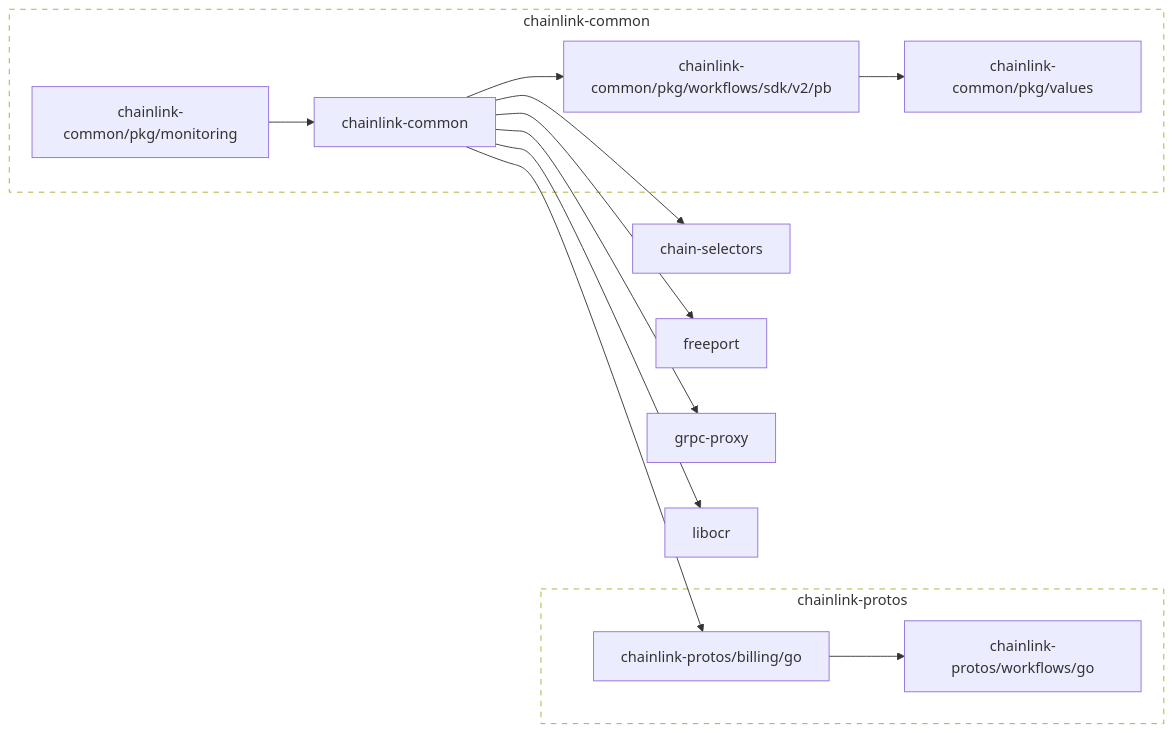
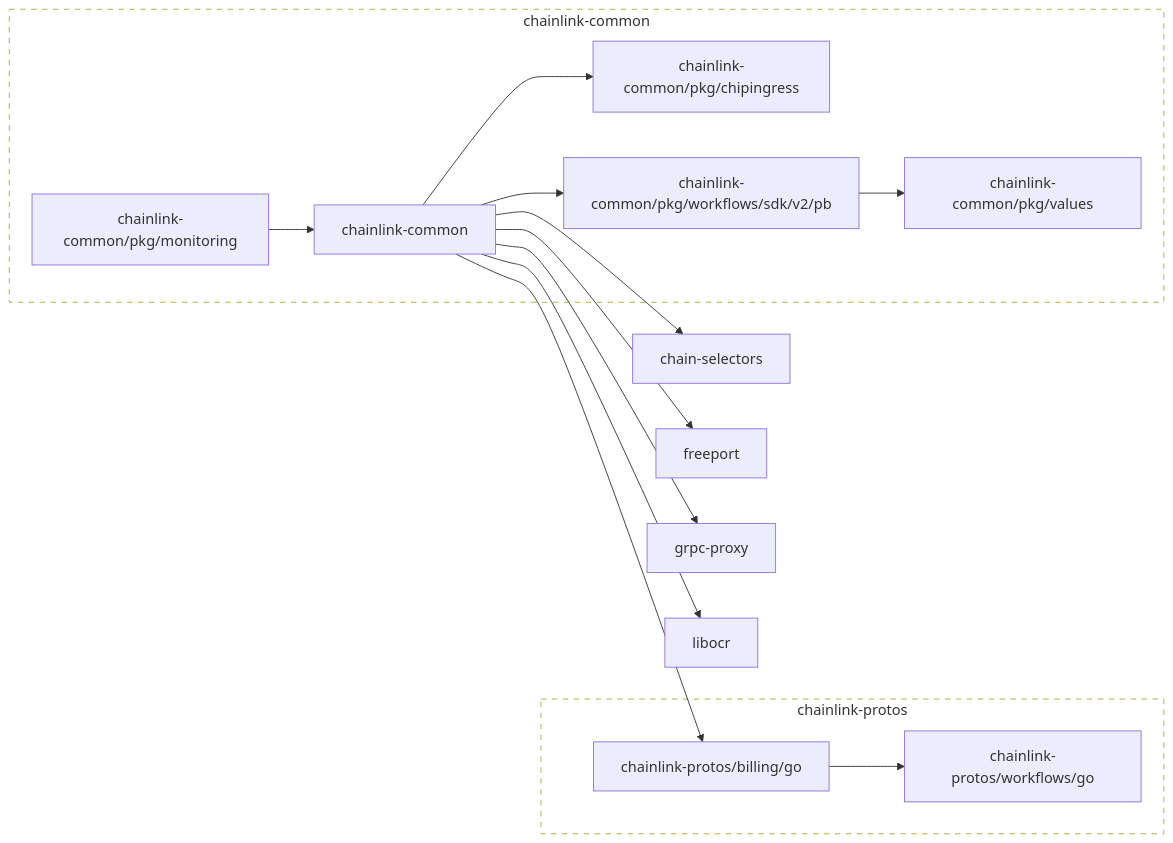
One commit to smartcontractkit/chainlink-common changed the diagram in go.md. Above: the diagram before and after it, drawn with Mermaid.

Commit message:
make modgraph

````diff
--- a/go.md
+++ b/go.md
@@ -2,46 +2,50 @@
 ```mermaid
 flowchart LR
 
 	chain-selectors
 	click chain-selectors href "https://github.com/smartcontractkit/chain-selectors"
 	chainlink-common --> chain-selectors
+	chainlink-common --> chainlink-common/pkg/chipingress
 	chainlink-common --> chainlink-common/pkg/workflows/sdk/v2/pb
 	chainlink-common --> chainlink-protos/billing/go
 	chainlink-common --> freeport
 	chainlink-common --> grpc-proxy
 	chainlink-common --> libocr
 	click chainlink-common href "https://github.com/smartcontractkit/chainlink-common"
+	chainlink-common/pkg/chipingress
+	click chainlink-common/pkg/chipingress href "https://github.com/smartcontractkit/chainlink-common"
 	chainlink-common/pkg/monitoring --> chainlink-common
 	click chainlink-common/pkg/monitoring href "https://github.com/smartcontractkit/chainlink-common"
 	chainlink-common/pkg/values
 	click chainlink-common/pkg/values href "https://github.com/smartcontractkit/chainlink-common"
 	chainlink-common/pkg/workflows/sdk/v2/pb --> chainlink-common/pkg/values
 	click chainlink-common/pkg/workflows/sdk/v2/pb href "https://github.com/smartcontractkit/chainlink-common"
 	chainlink-protos/billing/go --> chainlink-protos/workflows/go
 	click chainlink-protos/billing/go href "https://github.com/smartcontractkit/chainlink-protos"
 	chainlink-protos/workflows/go
 	click chainlink-protos/workflows/go href "https://github.com/smartcontractkit/chainlink-protos"
 	freeport
 	click freeport href "https://github.com/smartcontractkit/freeport"
 	grpc-proxy
 	click grpc-proxy href "https://github.com/smartcontractkit/grpc-proxy"
 	libocr
 	click libocr href "https://github.com/smartcontractkit/libocr"
 
 	subgraph chainlink-common-repo[chainlink-common]
 		 chainlink-common
+		 chainlink-common/pkg/chipingress
 		 chainlink-common/pkg/monitoring
 		 chainlink-common/pkg/values
 		 chainlink-common/pkg/workflows/sdk/v2/pb
 	end
 	click chainlink-common-repo href "https://github.com/smartcontractkit/chainlink-common"
 
 	subgraph chainlink-protos-repo[chainlink-protos]
 		 chainlink-protos/billing/go
 		 chainlink-protos/workflows/go
 	end
 	click chainlink-protos-repo href "https://github.com/smartcontractkit/chainlink-protos"
 
 	classDef outline stroke-dasharray:6,fill:none;
 	class chainlink-common-repo,chainlink-protos-repo outline
 ```
````
